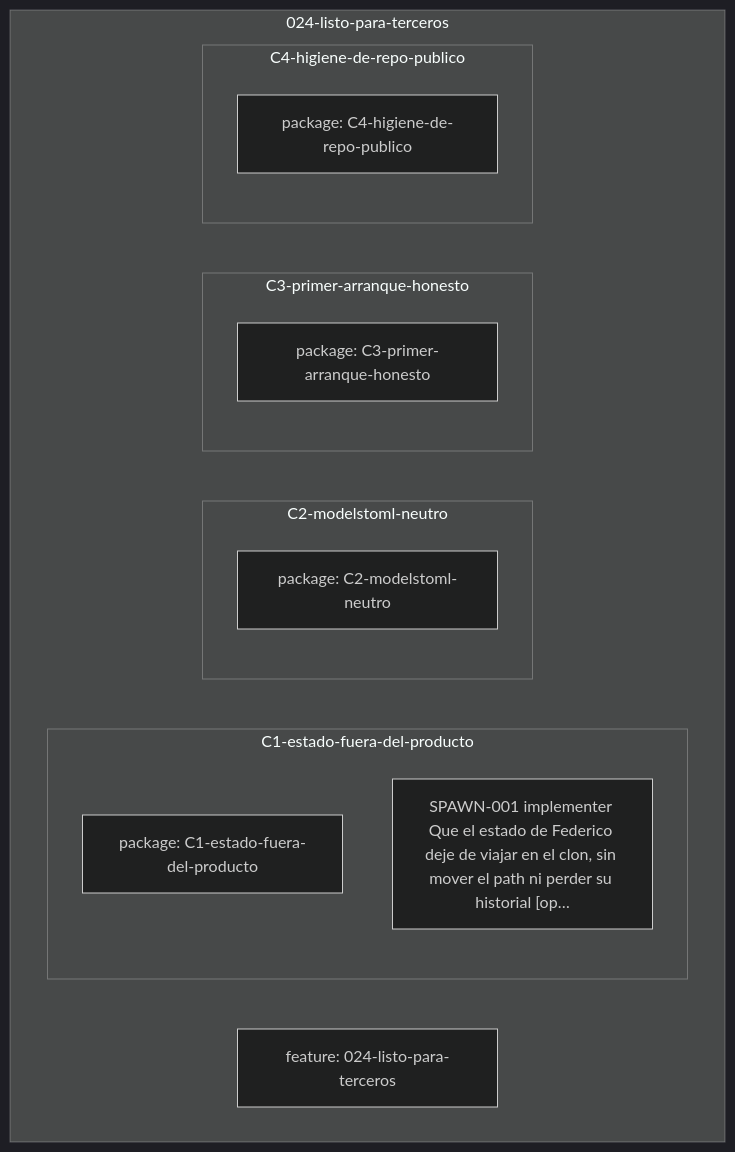
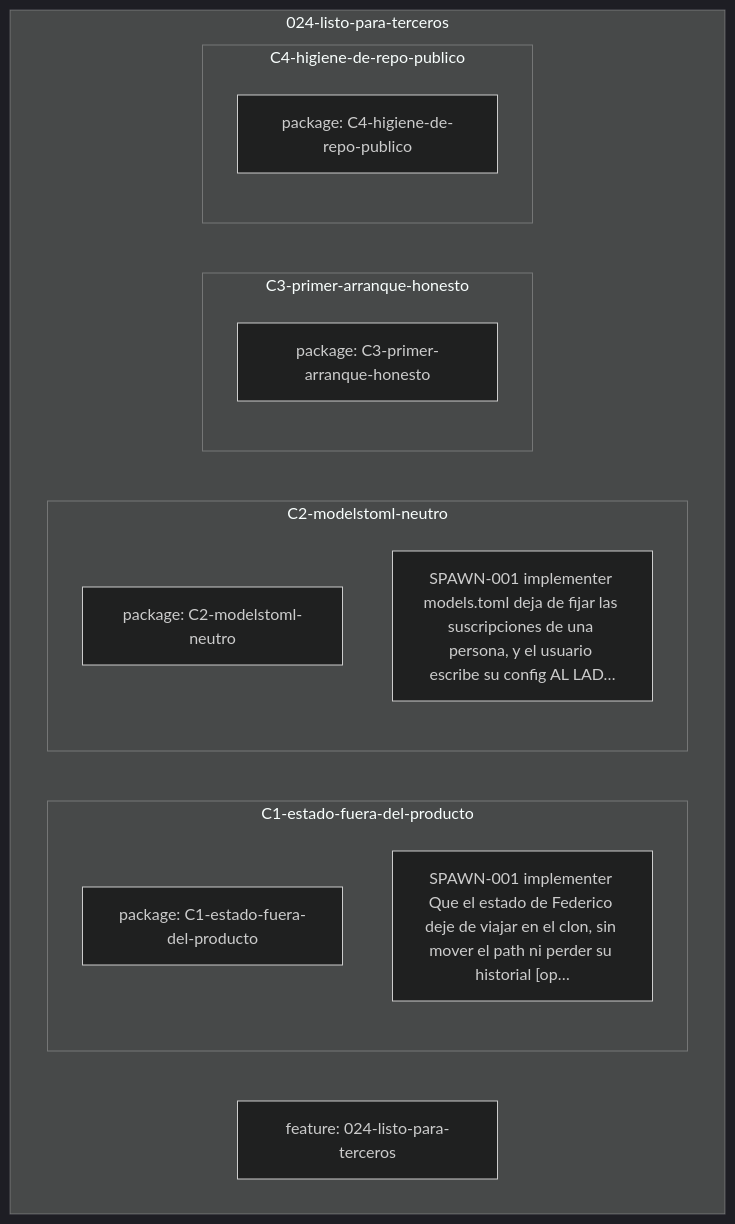
Before and after one commit to federico0330/set-agents: the diagram in docs/notas/features/024-listo-para-terceros/grafo.md, drawn with Mermaid (dark theme). The commit also changed 23 other files, not shown here.

````diff
--- a/docs/notas/features/024-listo-para-terceros/grafo.md
+++ b/docs/notas/features/024-listo-para-terceros/grafo.md
@@ -4,19 +4,20 @@
 ```mermaid
 flowchart TD
 subgraph sg_024_listo_para_terceros["024-listo-para-terceros"]
   feature_024_listo_para_terceros_1["feature: 024-listo-para-terceros"]
   subgraph sg_024_listo_para_terceros_c1_estado_fuera_del_producto["C1-estado-fuera-del-producto"]
     package_024_listo_para_terceros_c1_estado_fuera_del_producto_1["package: C1-estado-fuera-del-producto"]
     spawn_024_listo_para_terceros_c1_estado_fuera_del_producto_1["SPAWN-001 implementer Que el estado de Federico deje de viajar en el clon, sin mover el path ni perder su historial #91;op…"]
   end
   subgraph sg_024_listo_para_terceros_c2_modelstoml_neutro["C2-modelstoml-neutro"]
     package_024_listo_para_terceros_c2_modelstoml_neutro_1["package: C2-modelstoml-neutro"]
+    spawn_024_listo_para_terceros_c2_modelstoml_neutro_1["SPAWN-001 implementer models.toml deja de fijar las suscripciones de una persona, y el usuario escribe su config AL LAD…"]
   end
   subgraph sg_024_listo_para_terceros_c3_primer_arranque_honesto["C3-primer-arranque-honesto"]
     package_024_listo_para_terceros_c3_primer_arranque_honesto_1["package: C3-primer-arranque-honesto"]
   end
   subgraph sg_024_listo_para_terceros_c4_higiene_de_repo_publico["C4-higiene-de-repo-publico"]
     package_024_listo_para_terceros_c4_higiene_de_repo_publico_1["package: C4-higiene-de-repo-publico"]
   end
 end
 ```
````
